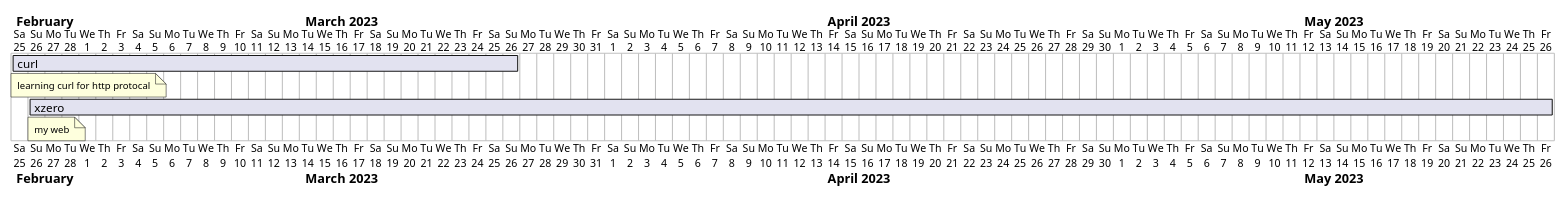
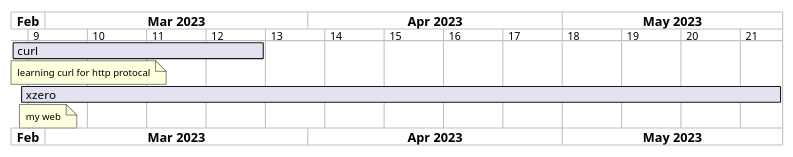
Before and after one commit to alick97/note: the diagram in next/plan-2023.md, drawn with PlantUML. The commit also changed other lines of this file, not shown here.

Commit message:
change gantt style for output svg

````diff
--- a/next/plan-2023.md
+++ b/next/plan-2023.md
@@ -8,13 +9,17 @@
 ```puml
 @startgantt
+skinparam svgDimensionStyle false
+skinparam FontSize 10px
+printscale weekly zoom 2
+
 Project starts 2023-02-25
 [curl] starts 2023-02-25 and lasts 30 days
 note bottom
 learning curl for http protocal
 end note
 [xzero] starts 2023-02-26 and lasts 90 days
 note bottom
 my web
 end note
 @endgantt
 ```
````
